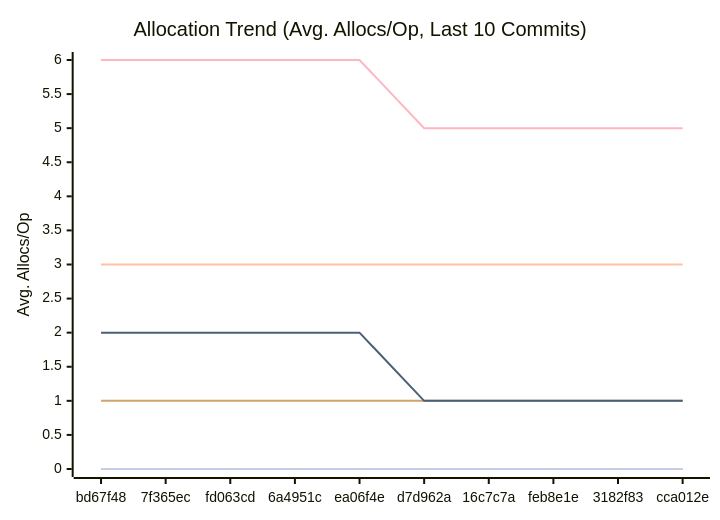
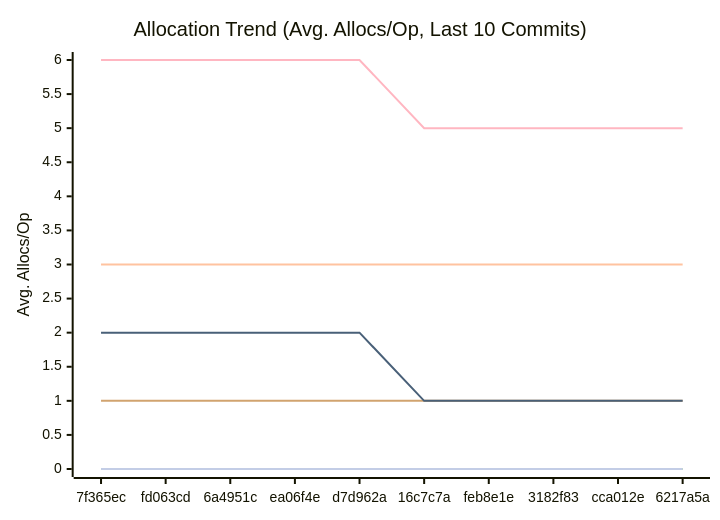
The third of 3 diagrams in docs/PERFORMANCE.md (alsotoes/momo), drawn with Mermaid before and after one commit. The commit also changed other lines of this file and 3 other files, not shown here.

````diff
--- a/docs/PERFORMANCE.md
+++ b/docs/PERFORMANCE.md
@@ -114,16 +114,16 @@
 ```mermaid
 xychart-beta
     title "Allocation Trend (Avg. Allocs/Op, Last 10 Commits)"
     x-axis "Commit"
     y-axis "Avg. Allocs/Op"
-    x-axis [bd67f48,7f365ec,fd063cd,6a4951c,ea06f4e,d7d962a,16c7c7a,feb8e1e,3182f83,cca012e]
+    x-axis [7f365ec,fd063cd,6a4951c,ea06f4e,d7d962a,16c7c7a,feb8e1e,3182f83,cca012e,6217a5a]
     line "CheckMetricsAndSwap" [0,0,0,0,0,0,0,0,0,0]
     line "CrushOptimized" [0,0,0,0,0,0,0,0,0,0]
     line "CrushOriginal" [3,3,3,3,3,3,3,3,3,3]
     line "IndexDirectTracking" [0,0,0,0,0,0,0,0,0,0]
     line "IndexSearch" [0,0,0,0,0,0,0,0,0,0]
     line "LoadGlobalConfig" [1,1,1,1,1,1,1,1,1,1]
     line "PadString" [0,0,0,0,0,0,0,0,0,0]
     line "ParseReplicationOrder_NoPrealloc" [6,6,6,6,6,5,5,5,5,5]
     line "ParseReplicationOrder_Prealloc" [2,2,2,2,2,1,1,1,1,1]
 ```
````
